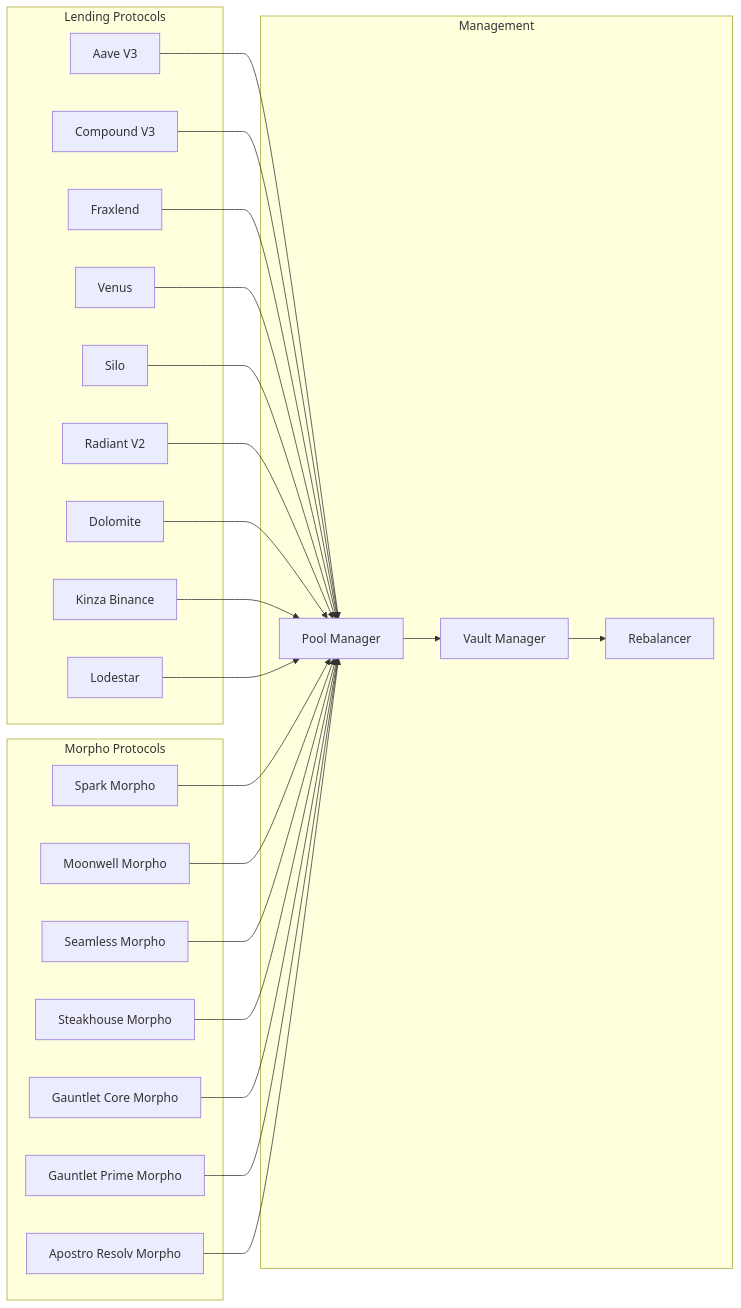
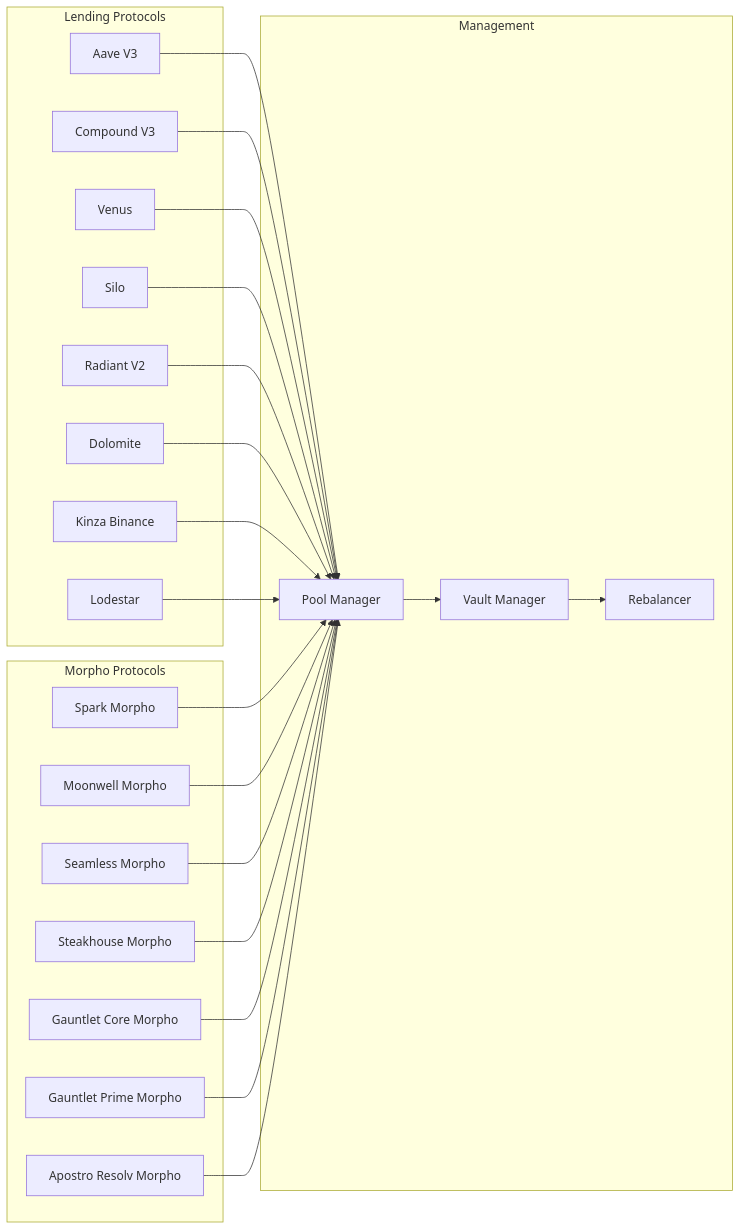
Before and after one commit to Thesauros/contracts: the fifth of 11 diagrams in docs/BUSINESS_LOGIC_GRAPH.md, drawn with Mermaid. The commit also changed 24 other files, not shown here.

````diff
--- a/docs/BUSINESS_LOGIC_GRAPH.md
+++ b/docs/BUSINESS_LOGIC_GRAPH.md
@@ -158,51 +158,49 @@
 ```mermaid
 graph LR
     subgraph "Lending Protocols"
         AAVE[Aave V3]
         COMPOUND[Compound V3]
-        FRAXLEND[Fraxlend]
         VENUS[Venus]
         SILO[Silo]
         RADIANT[Radiant V2]
         DOLOMITE[Dolomite]
         KINZA[Kinza Binance]
         LODESTAR[Lodestar]
     end
     
     subgraph "Morpho Protocols"
         SPARK[Spark Morpho]
         MOONWELL[Moonwell Morpho]
         SEAMLESS[Seamless Morpho]
         STEAKHOUSE[Steakhouse Morpho]
         GAUNTLET_CORE[Gauntlet Core Morpho]
         GAUNTLET_PRIME[Gauntlet Prime Morpho]
         APOSTRO[Apostro Resolv Morpho]
     end
     
     subgraph "Management"
         POOL_MANAGER[Pool Manager]
         VAULT_MANAGER[Vault Manager]
         REBALANCER[Rebalancer]
     end
     
     AAVE --> POOL_MANAGER
     COMPOUND --> POOL_MANAGER
-    FRAXLEND --> POOL_MANAGER
     VENUS --> POOL_MANAGER
     SILO --> POOL_MANAGER
     RADIANT --> POOL_MANAGER
     DOLOMITE --> POOL_MANAGER
     KINZA --> POOL_MANAGER
     LODESTAR --> POOL_MANAGER
     
     SPARK --> POOL_MANAGER
     MOONWELL --> POOL_MANAGER
     SEAMLESS --> POOL_MANAGER
     STEAKHOUSE --> POOL_MANAGER
     GAUNTLET_CORE --> POOL_MANAGER
     GAUNTLET_PRIME --> POOL_MANAGER
     APOSTRO --> POOL_MANAGER
     
     POOL_MANAGER --> VAULT_MANAGER
     VAULT_MANAGER --> REBALANCER
 ```
````
